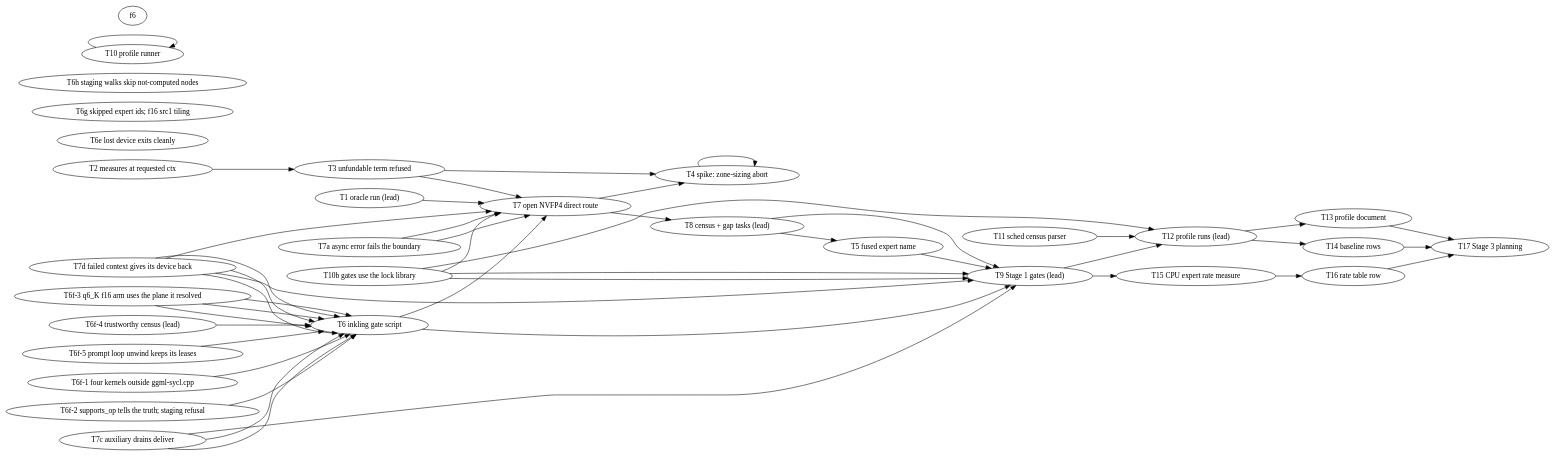
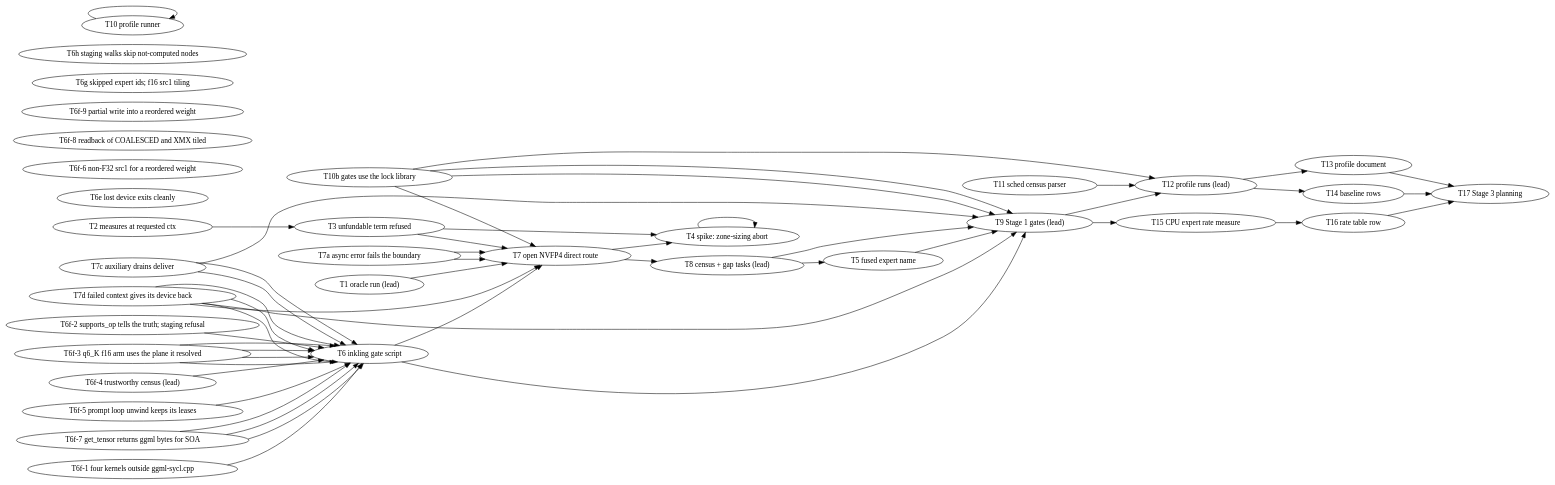
One commit to kainlan/llama.cpp-intel-optimizations changed the diagram in docs/plans/2026-11-21-inkling2-mini-sycl-enable-profile-optimize.md. Above: the diagram before and after it, drawn with Graphviz. The commit also changed other lines of this file, not shown here.

First line of the commit message:
docs(plan): Task 6f-7 written (a weight read returns ggml's bytes), merged-tree gates at 822f181f3

````diff
--- a/docs/plans/2026-11-21-inkling2-mini-sycl-enable-profile-optimize.md
+++ b/docs/plans/2026-11-21-inkling2-mini-sycl-enable-profile-optimize.md
@@ -96,46 +96,51 @@
 ```dot
 digraph dependencies {
     rankdir=LR;
     1  [label="T1 oracle run (lead)"];
     2  [label="T2 measures at requested ctx"];
     3  [label="T3 unfundable term refused"];
     4  [label="T4 spike: zone-sizing abort"];
     4b [label="T4b zone-sizing refusal"];
     5  [label="T5 fused expert name"];
     6  [label="T6 inkling gate script"];
     6b [label="T6b GPT-OSS gate without -ngl"];
     6c [label="T6c spike: GPT-OSS default context loses the B50"];
     6d [label="T6d not-computed nodes are not executed"];
     6e [label="T6e lost device exits cleanly"];
     6f1 [label="T6f-1 four kernels outside ggml-sycl.cpp"];
     6f2 [label="T6f-2 supports_op tells the truth; staging refusal"];
     6f3 [label="T6f-3 q6_K f16 arm uses the plane it resolved"];
     6f4 [label="T6f-4 trustworthy census (lead)"];
     6f5 [label="T6f-5 prompt loop unwind keeps its leases"];
+    6f6 [label="T6f-6 non-F32 src1 for a reordered weight"];
+    6f7 [label="T6f-7 get_tensor returns ggml bytes for SOA"];
+    6f8 [label="T6f-8 readback of COALESCED and XMX tiled"];
+    6f9 [label="T6f-9 partial write into a reordered weight"];
     6g [label="T6g skipped expert ids; f16 src1 tiling"];
     6h [label="T6h staging walks skip not-computed nodes"];
     7a [label="T7a async error fails the boundary"];
     7d [label="T7d failed context gives its device back"];
     7b [label="T7b every queue has the handler"];
     7c [label="T7c auxiliary drains deliver"];
     7  [label="T7 open NVFP4 direct route"];
     8  [label="T8 census + gap tasks (lead)"];
     9  [label="T9 Stage 1 gates (lead)"];
     10 [label="T10 profile runner"];
     10b [label="T10b gates use the lock library"];
     11 [label="T11 sched census parser"];
     12 [label="T12 profile runs (lead)"];
     13 [label="T13 profile document"];
     14 [label="T14 baseline rows"];
     15 [label="T15 CPU expert rate measure"];
     16 [label="T16 rate table row"];
     17 [label="T17 Stage 3 planning"];
     2 -> 3; 3 -> 4b; 4 -> 4b; 7 -> 4b; 8 -> 5;
     1 -> 7a; 7a -> 7; 7a -> 7d; 7d -> 7b; 3 -> 7; 6 -> 7; 7 -> 8; 6c -> 6d; 6d -> 9; 7c -> 6e;
     6d -> 6f1; 6d -> 6f2; 6f2 -> 6f3; 6f1 -> 6f4; 6f3 -> 6f4; 6f4 -> 6g; 6d -> 6h; 6f3 -> 6f5; 6f5 -> 6g; 6f3 -> 6f6;
+    6f3 -> 6f7; 6f7 -> 6f4; 6f7 -> 6f8; 6f7 -> 6f9;
     8 -> 9; 6 -> 9; 6b -> 9; 4b -> 9; 5 -> 9; 7b -> 7c; 7c -> 9;
     9 -> 12; 10 -> 10b; 10b -> 12; 11 -> 12;
     12 -> 13; 12 -> 14; 9 -> 15; 15 -> 16;
     13 -> 17; 14 -> 17; 16 -> 17;
 }
 ```
````
